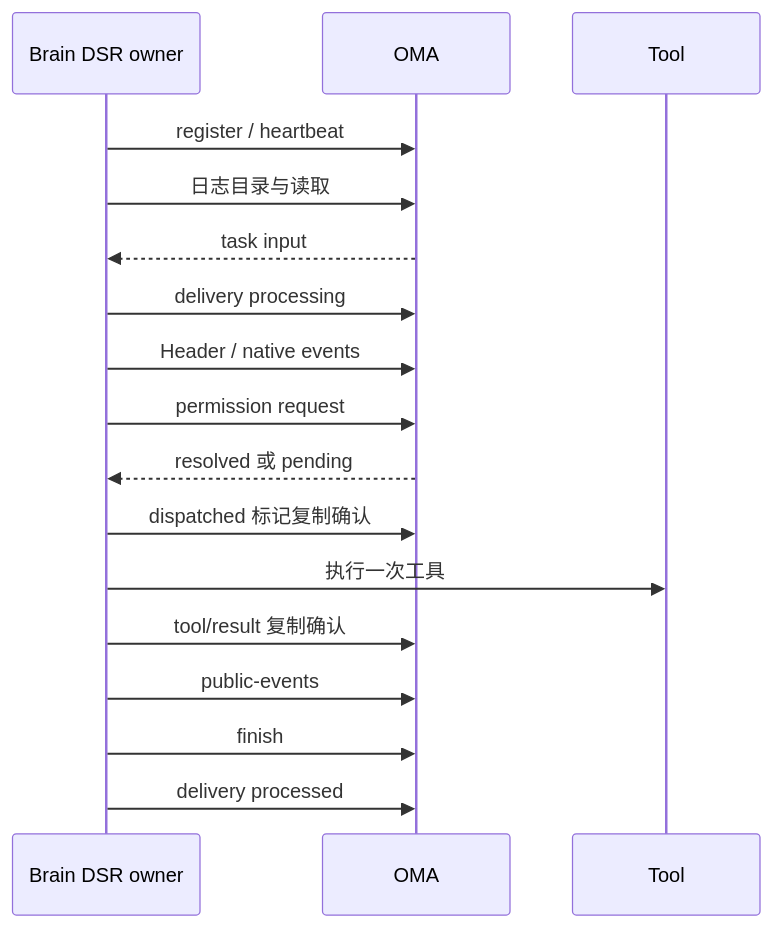
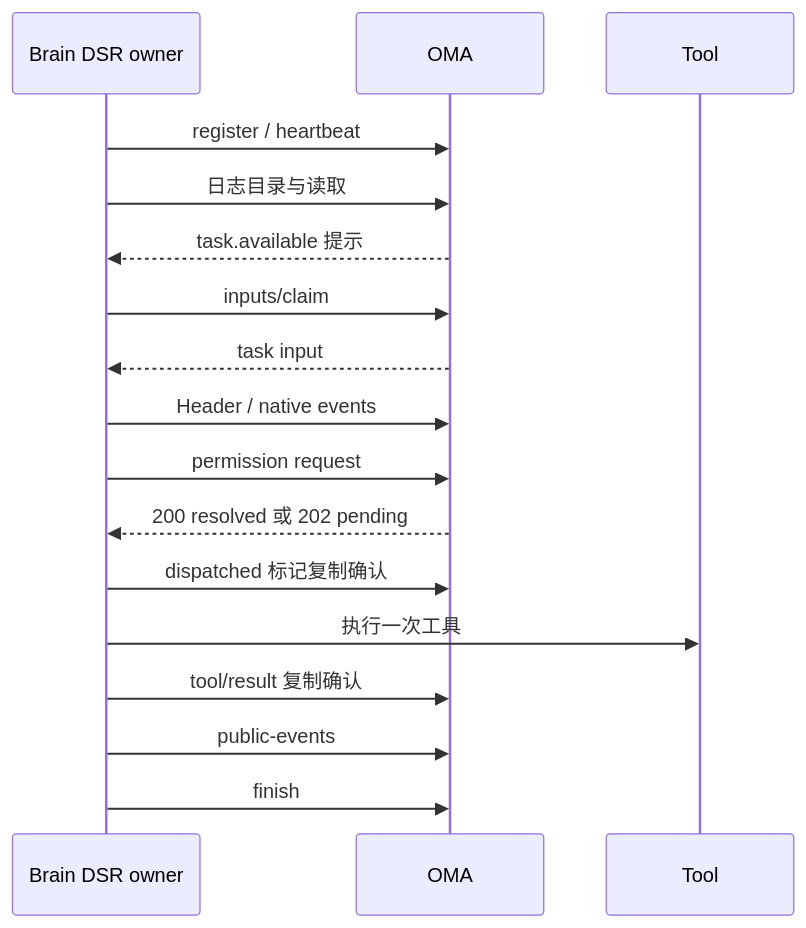
Before and after one commit to superduck-ai/open-managed-agents: the first of 3 diagrams in docs/design/be/dsrv1/implementation.md, drawn with Mermaid. The commit also changed other lines of this file and 48 other files, not shown here.

````diff
--- a/docs/design/be/dsrv1/implementation.md
+++ b/docs/design/be/dsrv1/implementation.md
@@ -29,19 +30,19 @@
 ```mermaid
 sequenceDiagram
     participant B as Brain DSR owner
     participant O as OMA
     participant T as Tool
     B->>O: register / heartbeat
     B->>O: 日志目录与读取
+    O-->>B: task.available 提示
+    B->>O: inputs/claim
     O-->>B: task input
-    B->>O: delivery processing
     B->>O: Header / native events
     B->>O: permission request
-    O-->>B: resolved 或 pending
+    O-->>B: 200 resolved 或 202 pending
     B->>O: dispatched 标记复制确认
     B->>T: 执行一次工具
     B->>O: tool/result 复制确认
     B->>O: public-events
     B->>O: finish
-    B->>O: delivery processed
 ```
````
